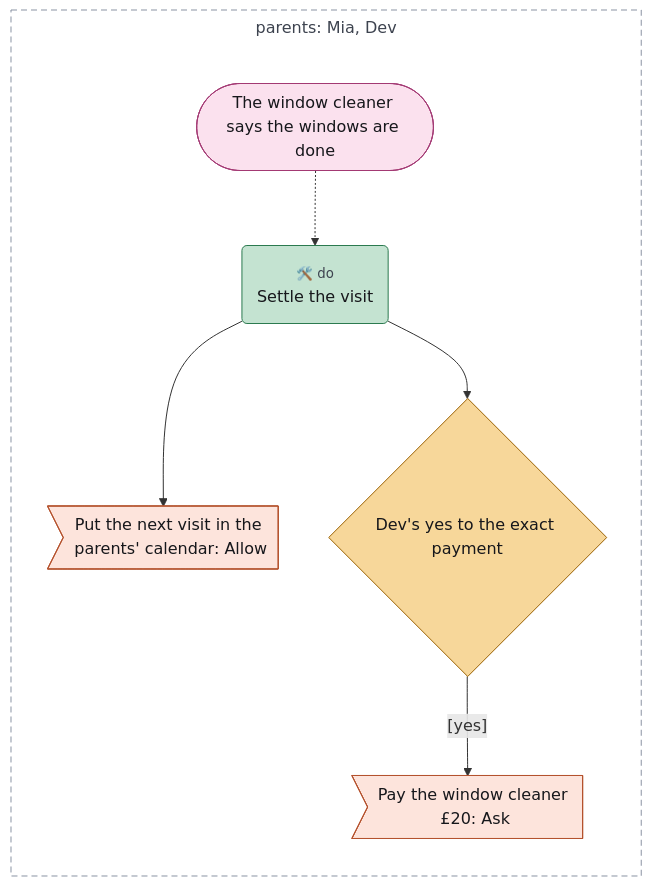
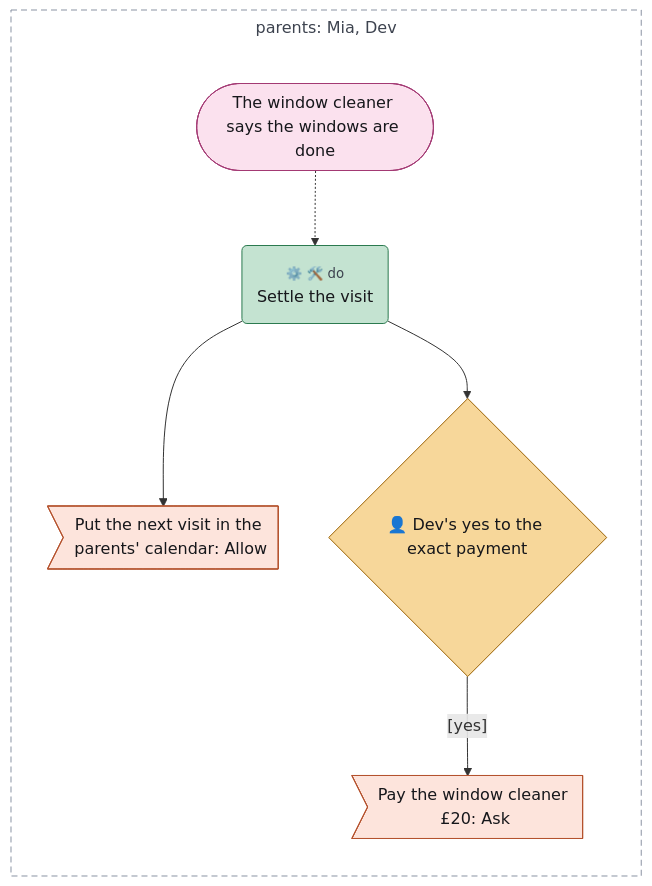
Before and after one commit to chrismdp/awml: the diagram in examples/tour/11-do.mmd, drawn with Mermaid. The commit also changed 21 other files, not shown here.

```diff
--- a/examples/tour/11-do.mmd
+++ b/examples/tour/11-do.mmd
@@ -1,38 +1,38 @@
 ---
 config:
   theme: default
   flowchart:
     useMaxWidth: false
     subGraphTitleMargin:
       top: 6
       bottom: 30
 ---
 flowchart TB
   subgraph parents["parents: Mia, Dev"]
     direction TB
     done(["The window cleaner says the windows are done"])
-    settle("<small style='color:#3d434f'>🛠️ do</small><br>Settle the visit")
+    settle("<small style='color:#3d434f'>⚙️ 🛠️ do</small><br>Settle the visit")
     book>"Put the next visit in the parents' calendar: Allow"]
-    approve{"Dev's yes to the exact payment"}
+    approve{"👤 Dev's yes to the exact payment"}
     pay>"Pay the window cleaner £20: Ask"]
   end
 
   done -.-> settle
   settle --> book
   settle --> approve
   approve -->|"[yes]"| pay
   classDef trig fill:#fbe1ee,stroke:#a33a74,color:#16171b
   classDef ctx fill:#e2eef9,stroke:#3d6fa3,color:#16171b
   classDef con fill:#eceef2,stroke:#5d6472,color:#16171b
   classDef surf fill:#ffffff,stroke:#2a2d35,stroke-width:1.5px,color:#16171b
   classDef out fill:#fde4dc,stroke:#b5532f,color:#16171b
   classDef ai fill:#cdd3fb,stroke:#3b4bb0,color:#16171b
   classDef rule fill:#c4e3d1,stroke:#2b7a4f,color:#16171b
   classDef human fill:#f7d79a,stroke:#9a6100,color:#16171b
   classDef uml fill:#16171b,stroke:#16171b,color:#16171b
   classDef gap fill:#ffffff,stroke:#8a93a3,stroke-dasharray:4 3,color:#6b7280
   class done trig
   class book,pay out
   class settle rule
   class approve human
   style parents fill:transparent,stroke:#8a93a3,stroke-dasharray:6 4,color:#3d434f
```
